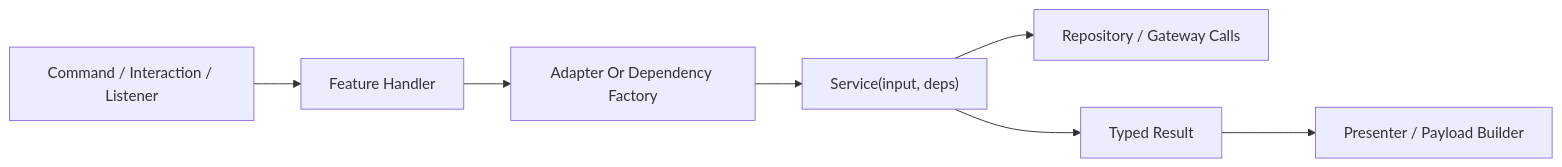
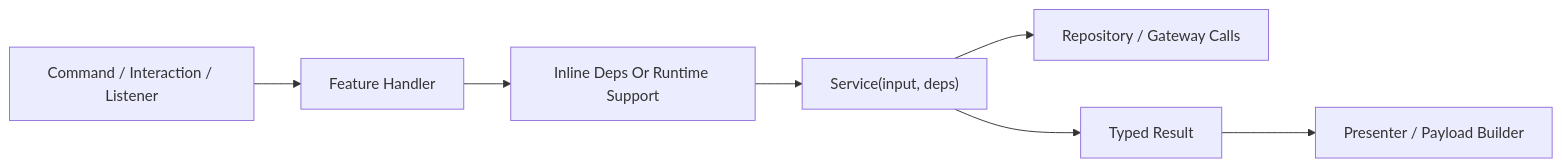
One commit to EvenLegion/Arbiter changed the diagram in website/docs/architecture/service-dependency-design.md. Above: the diagram before and after it, drawn with Mermaid. The commit also changed other lines of this file and 41 other files, not shown here.

````diff
--- a/website/docs/architecture/service-dependency-design.md
+++ b/website/docs/architecture/service-dependency-design.md
@@ -103,9 +104,9 @@
 ```mermaid
 flowchart LR
     A["Command / Interaction / Listener"] --> B["Feature Handler"]
-    B --> C["Adapter Or Dependency Factory"]
+    B --> C["Inline Deps Or Runtime Support"]
     C --> D["Service(input, deps)"]
     D --> E["Repository / Gateway Calls"]
     D --> F["Typed Result"]
     F --> G["Presenter / Payload Builder"]
 ```
````
